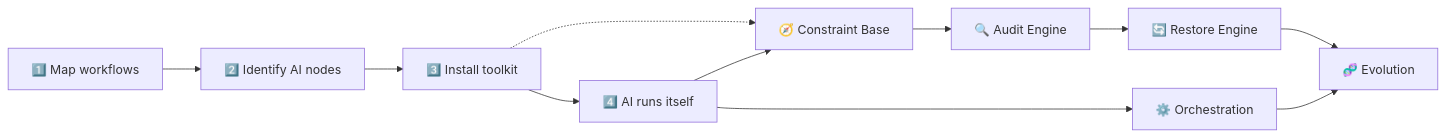
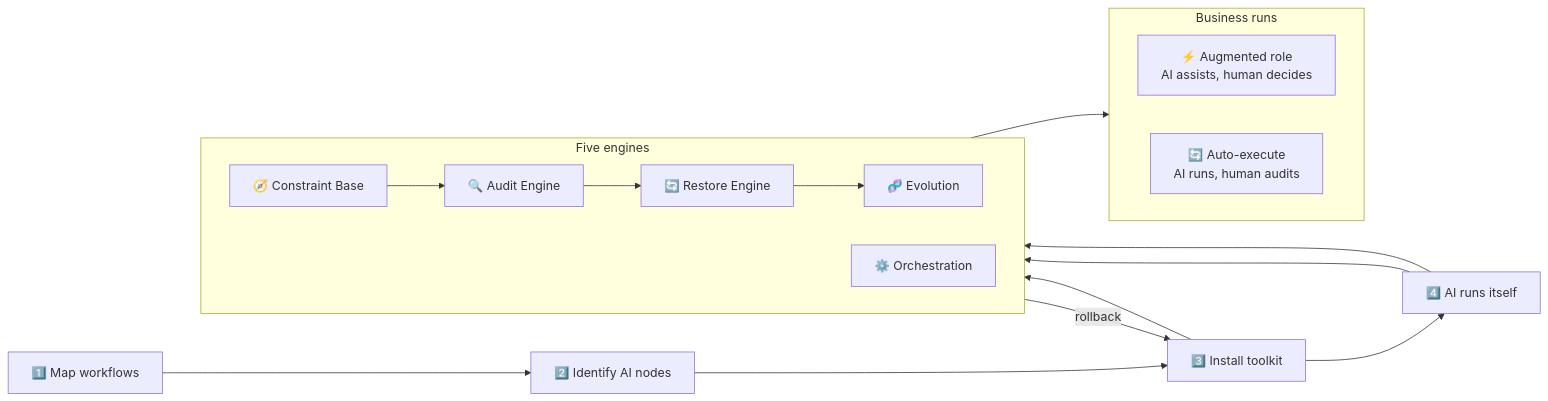
One commit to KongFangXun/sofagent changed the first of 5 diagrams in README.en.md. Above: the diagram before and after it, drawn with Mermaid. The commit also changed 1 other file, not shown here.

Commit message:
docs: FDE Mermaid恢复回路和业务节点 — 强化岗位+自动执行+违规回滚

````diff
--- a/README.en.md
+++ b/README.en.md
@@ -87,14 +87,27 @@
 ```mermaid
 graph LR
     A["1️⃣ Map workflows"] --> B["2️⃣ Identify AI nodes"]
     B --> C["3️⃣ Install toolkit"]
     C --> D["4️⃣ AI runs itself"]
 
-    C -.-> E["🧭 Constraint Base"]
-    D --> E
-    E --> F["🔍 Audit Engine"]
-    F --> G["🔄 Restore Engine"]
-    D --> H["⚙️ Orchestration"]
-    G --> I["🧬 Evolution"]
-    H --> I
+    subgraph engines["Five engines"]
+        direction LR
+        E["🧭 Constraint Base"]
+        F["🔍 Audit Engine"]
+        G["🔄 Restore Engine"]
+        H["⚙️ Orchestration"]
+        I["🧬 Evolution"]
+    end
+
+    subgraph output["Business runs"]
+        direction LR
+        J["⚡ Augmented role<br/>AI assists, human decides"]
+        K["🔄 Auto-execute<br/>AI runs, human audits"]
+    end
+
+    C --> E
+    D --> F --> G --> I
+    D --> H --> J
+    E --> F
+    G -->|rollback| C
 ```
````
